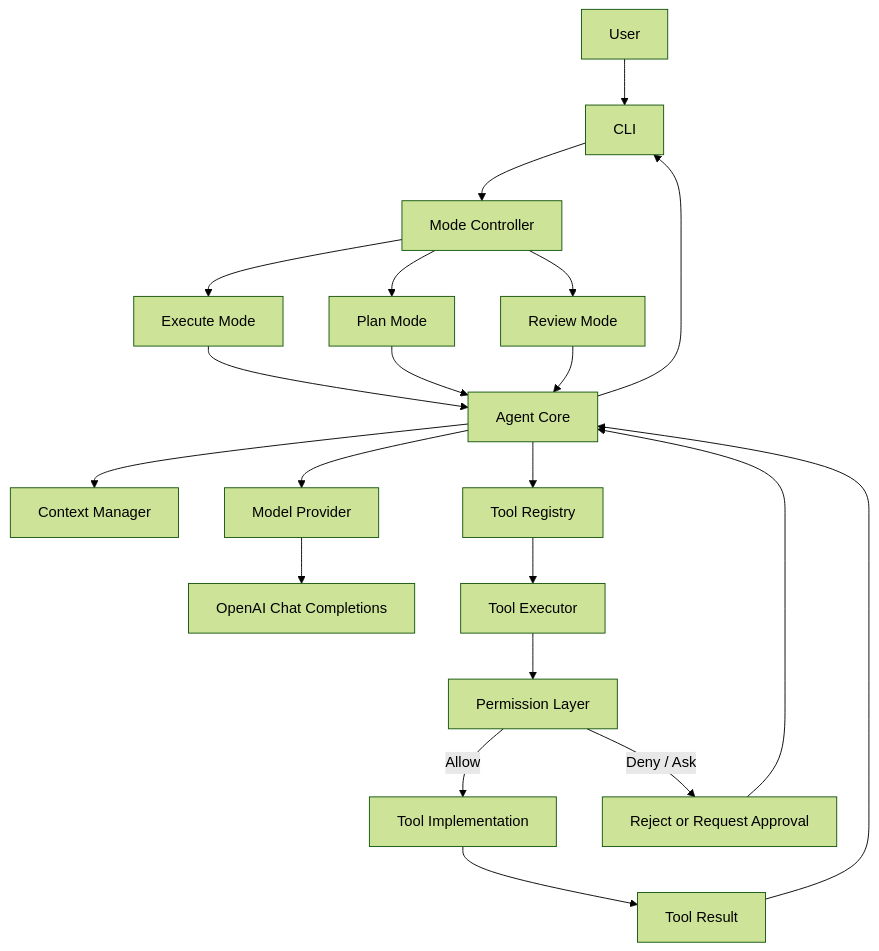
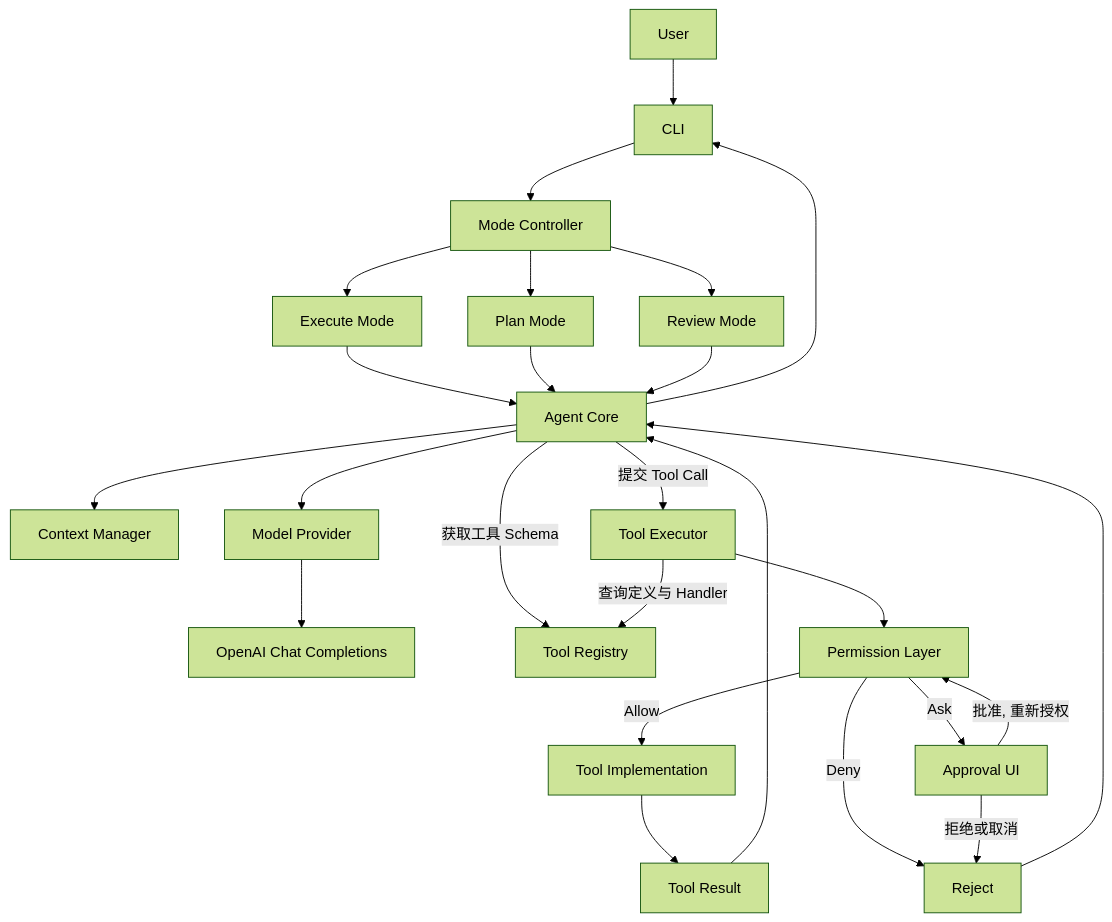
One commit to zuzuviewer/myagent changed the diagram in README.md. Above: the diagram before and after it, drawn with Mermaid (forest theme). The commit also changed other lines of this file and 2 other files, not shown here.

````diff
--- a/README.md
+++ b/README.md
@@ -40,23 +42,27 @@
 ```mermaid
 flowchart TD
     U[User] --> CLI[CLI]
     CLI --> MC[Mode Controller]
     MC --> EM[Execute Mode]
     MC --> PM[Plan Mode]
     MC --> RM[Review Mode]
     EM --> AC[Agent Core]
     PM --> AC
     RM --> AC
     AC --> CTX[Context Manager]
     AC --> MP[Model Provider]
     MP --> API[OpenAI Chat Completions]
-    AC --> TR[Tool Registry]
-    TR --> TE[Tool Executor]
+    AC -->|获取工具 Schema| TR[Tool Registry]
+    AC -->|提交 Tool Call| TE[Tool Executor]
+    TE -->|查询定义与 Handler| TR
     TE --> PE[Permission Layer]
     PE -->|Allow| RUN[Tool Implementation]
-    PE -->|Deny / Ask| BLOCK[Reject or Request Approval]
+    PE -->|Deny| BLOCK[Reject]
+    PE -->|Ask| AP[Approval UI]
+    AP -->|批准, 重新授权| PE
+    AP -->|拒绝或取消| BLOCK
     RUN --> RESULT[Tool Result]
     RESULT --> AC
     BLOCK --> AC
     AC --> CLI
 ```
````
